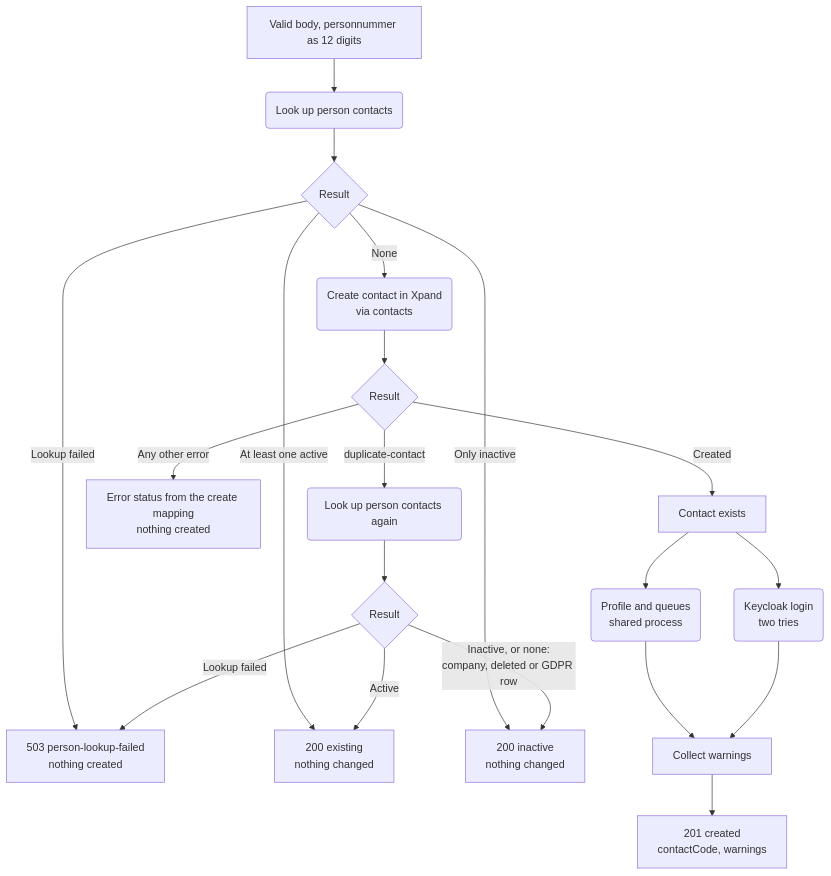
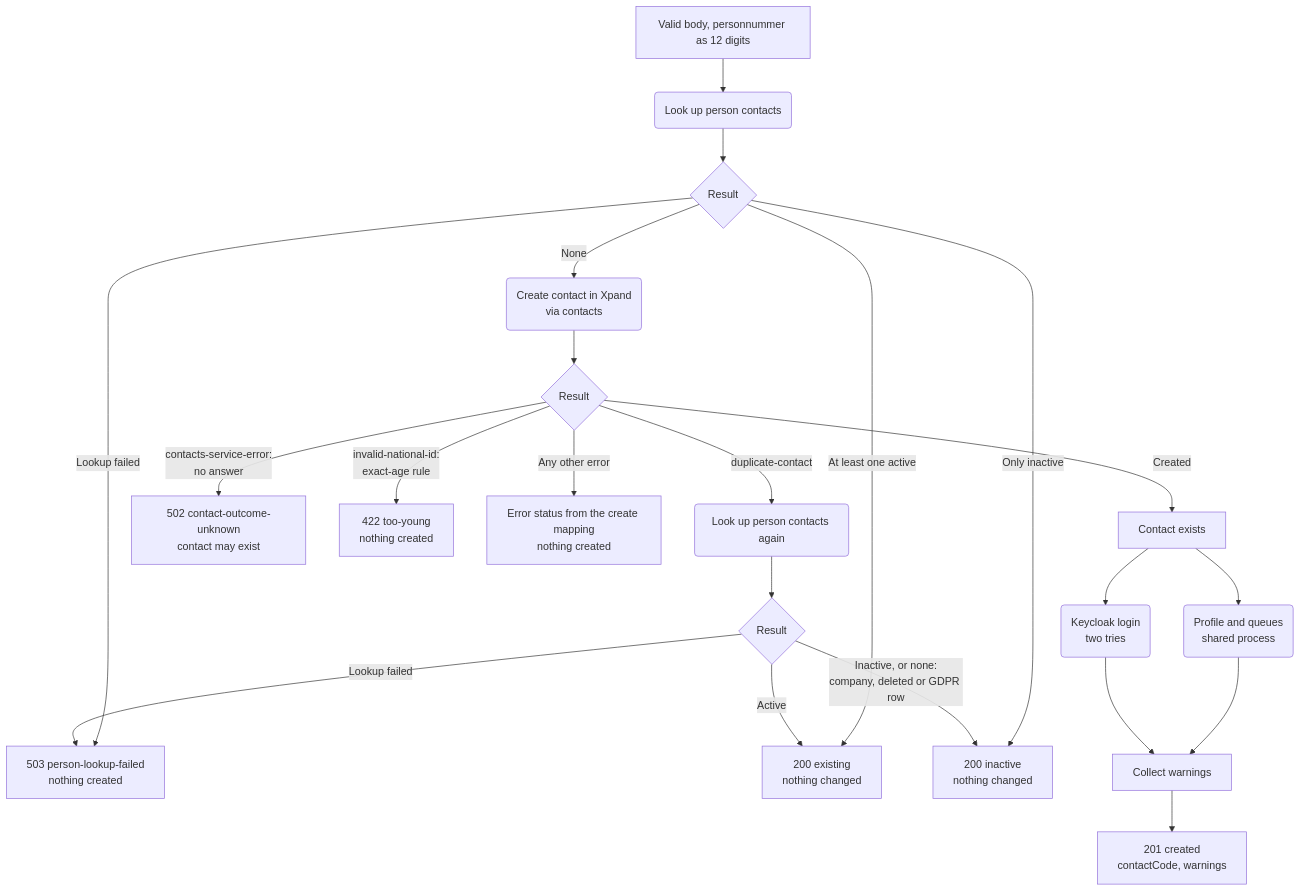
One commit to Bostads-AB-Mimer/onecore changed the first of 2 diagrams in core/src/processes/contacts/DOCS_Register_Applicant.md. Above: the diagram before and after it, drawn with Mermaid. The commit also changed other lines of this file and 13 other files, not shown here.

````diff
--- a/core/src/processes/contacts/DOCS_Register_Applicant.md
+++ b/core/src/processes/contacts/DOCS_Register_Applicant.md
@@ -29,25 +29,27 @@
 ```mermaid
 flowchart TD
 A[Valid body, personnummer as 12 digits] --> L(Look up person contacts)
 L --> Lo{Result}
 Lo --> |Lookup failed| F1[503 person-lookup-failed<br/>nothing created]
 Lo --> |At least one active| E[200 existing<br/>nothing changed]
 Lo --> |Only inactive| I[200 inactive<br/>nothing changed]
 Lo --> |None| C(Create contact in Xpand<br/>via contacts)
 
 C --> Co{Result}
 Co --> |duplicate-contact| L2(Look up person contacts again)
+Co --> |contacts-service-error:<br/>no answer| U[502 contact-outcome-unknown<br/>contact may exist]
+Co --> |invalid-national-id:<br/>exact-age rule| Y[422 too-young<br/>nothing created]
 Co --> |Any other error| F2[Error status from the create mapping<br/>nothing created]
 Co --> |Created| S
 
 L2 --> L2o{Result}
 L2o --> |Active| E
 L2o --> |Inactive, or none:<br/>company, deleted or GDPR row| I
 L2o --> |Lookup failed| F1
 
 S[Contact exists] --> P(Profile and queues<br/>shared process)
 S --> K(Keycloak login<br/>two tries)
 P --> W
 K --> W
 W[Collect warnings] --> R[201 created<br/>contactCode, warnings]
 ```
````
